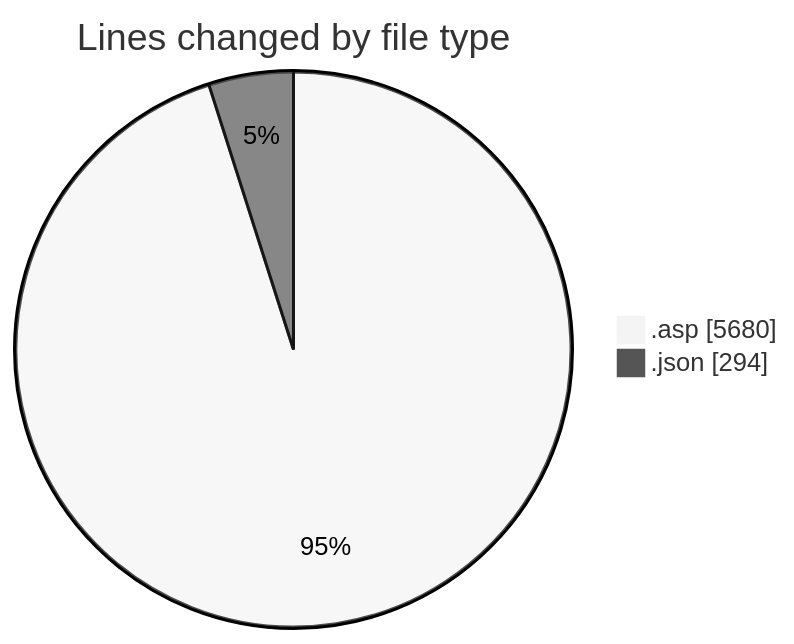
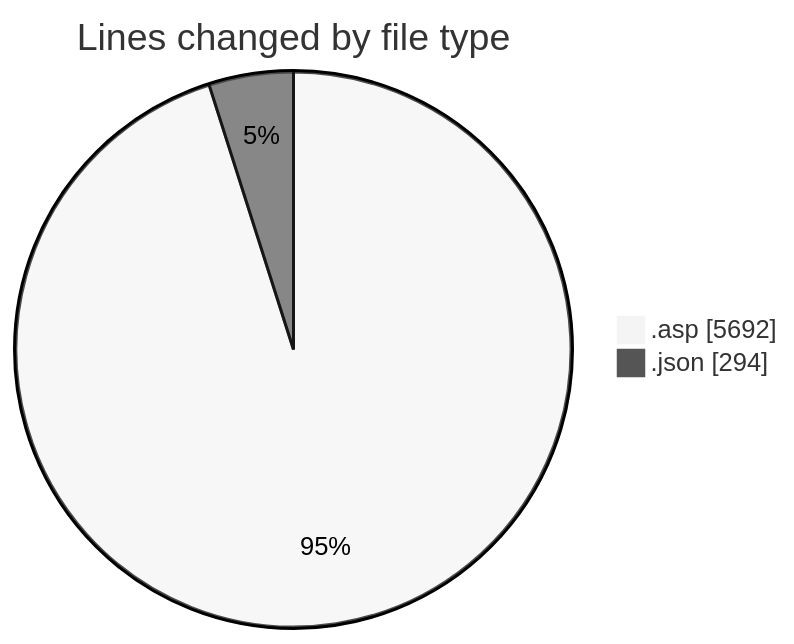
Before and after one commit to julien-gomy/code-tracking: the first of 2 diagrams in 2025-10-27/usr_aleoudev_fr__workspace_/README.md, drawn with Mermaid (neutral theme). The commit also changed other lines of this file and 1 other file, not shown here.

````diff
--- a/2025-10-27/usr_aleoudev_fr__workspace_/README.md
+++ b/2025-10-27/usr_aleoudev_fr__workspace_/README.md
@@ -27,6 +27,6 @@
 ```mermaid
 pie showData
 title Lines changed by file type
-".asp" : 5680
+".asp" : 5692
 ".json" : 294
 ```
````
